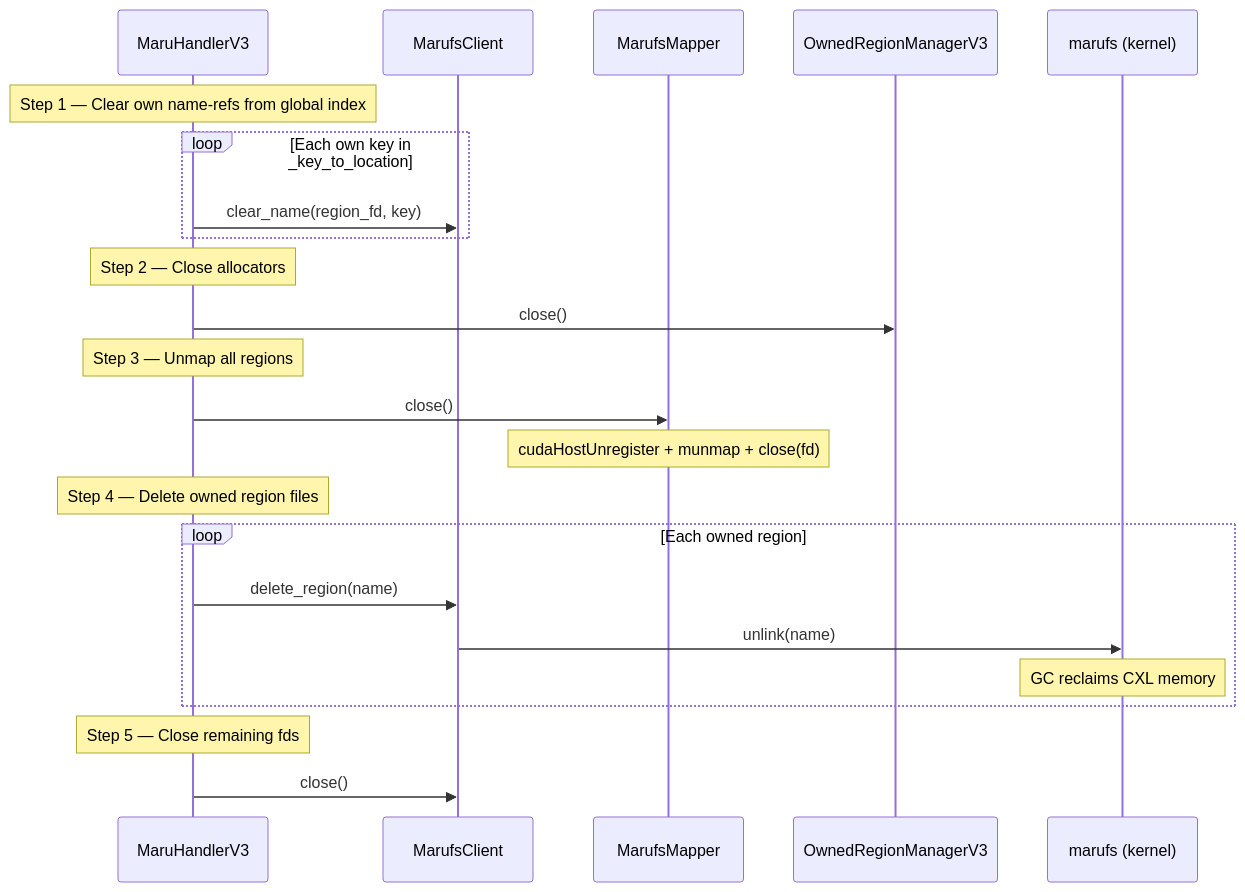
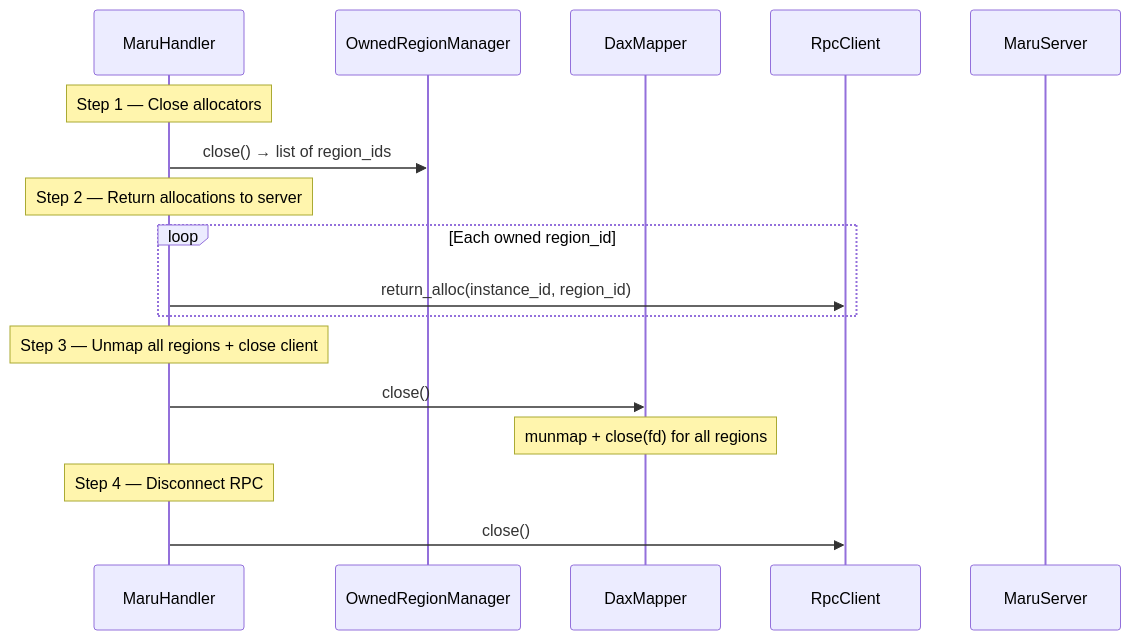
One commit to xcena-dev/maru changed the sixth of 8 diagrams in docs/source/design_doc/maru_fs.md. Above: the diagram before and after it, drawn with Mermaid. The commit also changed other lines of this file and 68 other files, not shown here.

Commit message:
feat: add marufs client library for CXL shared memory via VFS

````diff
--- a/docs/source/design_doc/maru_fs.md
+++ b/docs/source/design_doc/maru_fs.md
@@ -182,30 +214,23 @@
 ```mermaid
 sequenceDiagram
-    participant H as MaruHandlerV3
-    participant XC as MarufsClient
-    participant XM as MarufsMapper
-    participant ORM as OwnedRegionManagerV3
-    participant K as marufs (kernel)
+    participant H as MaruHandler
+    participant ORM as OwnedRegionManager
+    participant DM as DaxMapper
+    participant RPC as RpcClient
+    participant S as MaruServer
 
-    Note over H: Step 1 — Clear own name-refs from global index
-    loop Each own key in _key_to_location
-        H->>XC: clear_name(region_fd, key)
+    Note over H: Step 1 — Close allocators
+    H->>ORM: close() → list of region_ids
+
+    Note over H: Step 2 — Return allocations to server
+    loop Each owned region_id
+        H->>RPC: return_alloc(instance_id, region_id)
     end
 
-    Note over H: Step 2 — Close allocators
-    H->>ORM: close()
+    Note over H: Step 3 — Unmap all regions + close client
+    H->>DM: close()
+    Note over DM: munmap + close(fd) for all regions
 
-    Note over H: Step 3 — Unmap all regions
-    H->>XM: close()
-    Note over XM: cudaHostUnregister + munmap + close(fd)
-
-    Note over H: Step 4 — Delete owned region files
-    loop Each owned region
-        H->>XC: delete_region(name)
-        XC->>K: unlink(name)
-        Note over K: GC reclaims CXL memory
-    end
-
-    Note over H: Step 5 — Close remaining fds
-    H->>XC: close()
+    Note over H: Step 4 — Disconnect RPC
+    H->>RPC: close()
 ```
````
